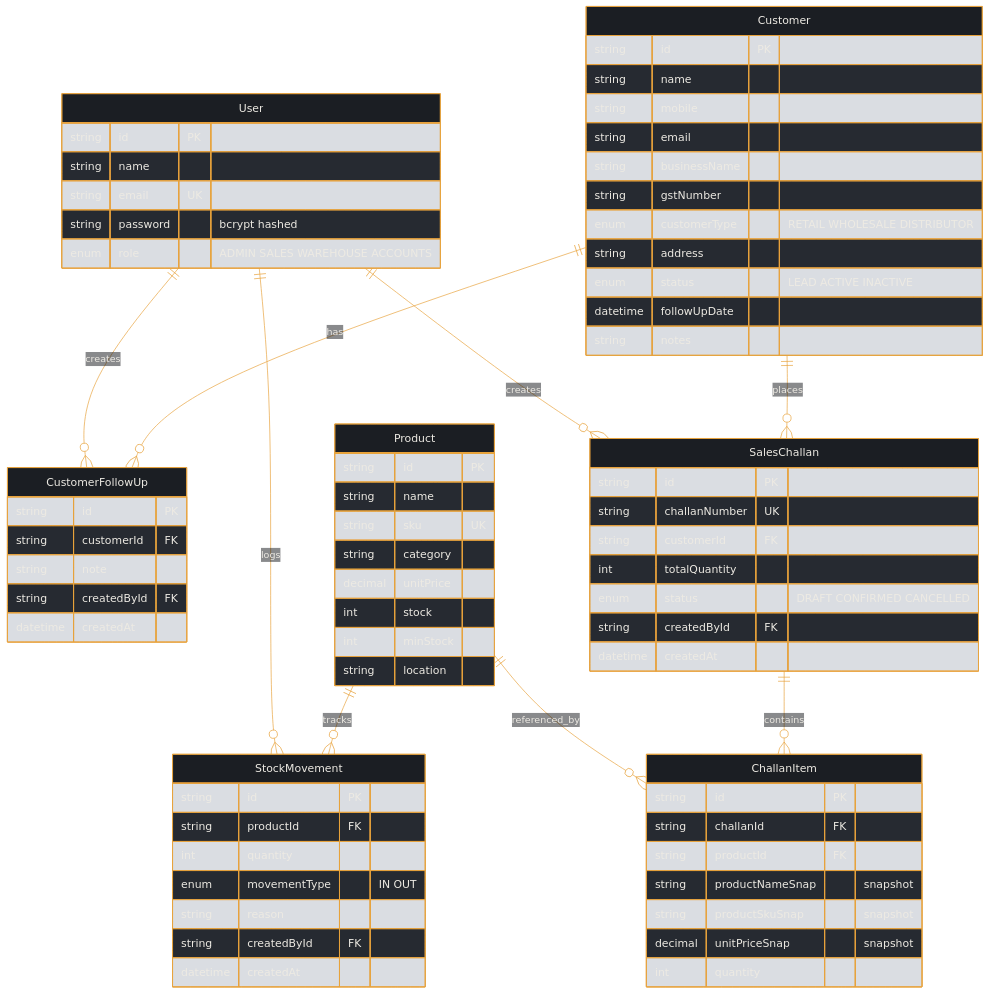
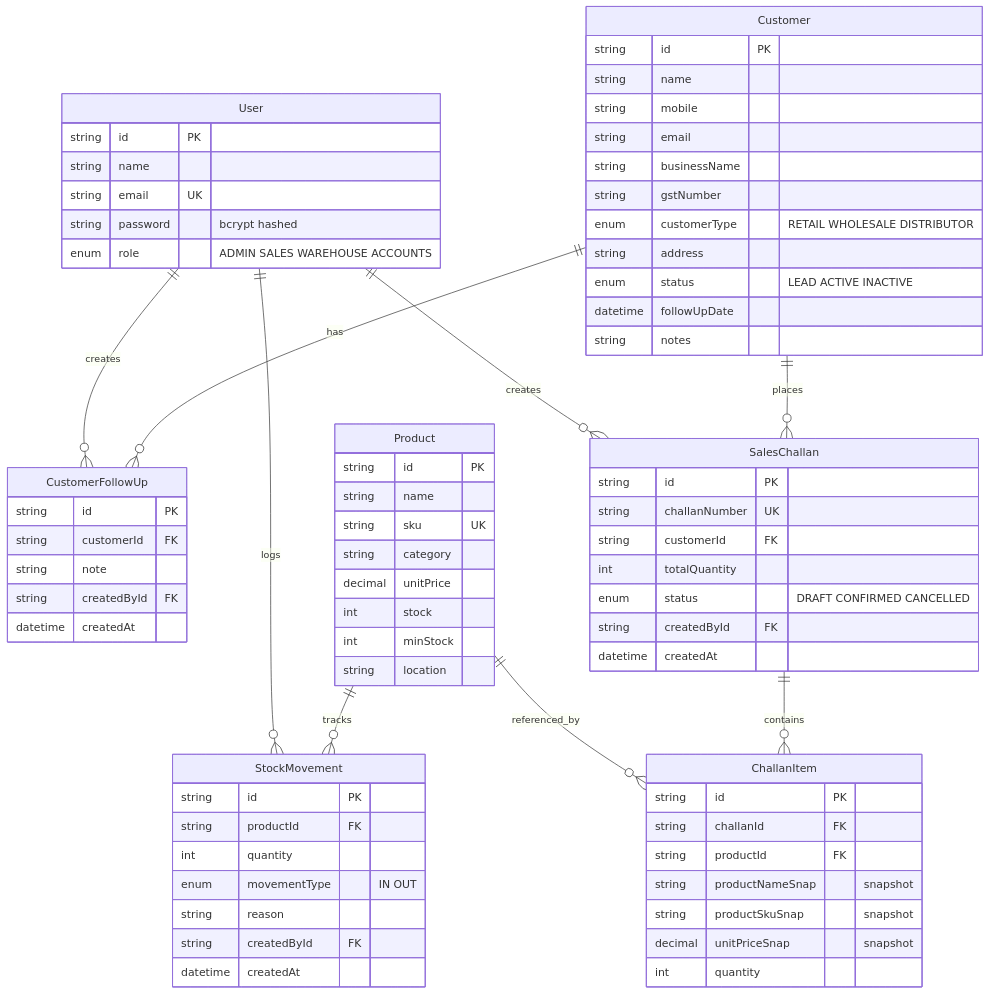
One commit to pvasu9055-hash/mini-erp-crm changed the second of 3 diagrams in README.md. Above: the diagram before and after it, drawn with Mermaid. The commit also changed other lines of this file, not shown here.

Commit message:
Remove mermaid theme configuration from README
Removed mermaid theme configuration from architecture and database schema sections in README.

````diff
--- a/README.md
+++ b/README.md
@@ -117,17 +104,4 @@
 ```mermaid
-%%{init: {
-  "theme": "base",
-  "themeVariables": {
-    "background": "#0F1113",
-    "primaryColor": "#1B1E23",
-    "primaryTextColor": "#EDEAE3",
-    "primaryBorderColor": "#E8A33D",
-    "lineColor": "#E8A33D",
-    "secondaryColor": "#2A2E35",
-    "tertiaryColor": "#14161A",
-    "fontFamily": "monospace"
-  }
-}}%%
 erDiagram
     User ||--o{ CustomerFollowUp : creates
     User ||--o{ StockMovement : logs
````
